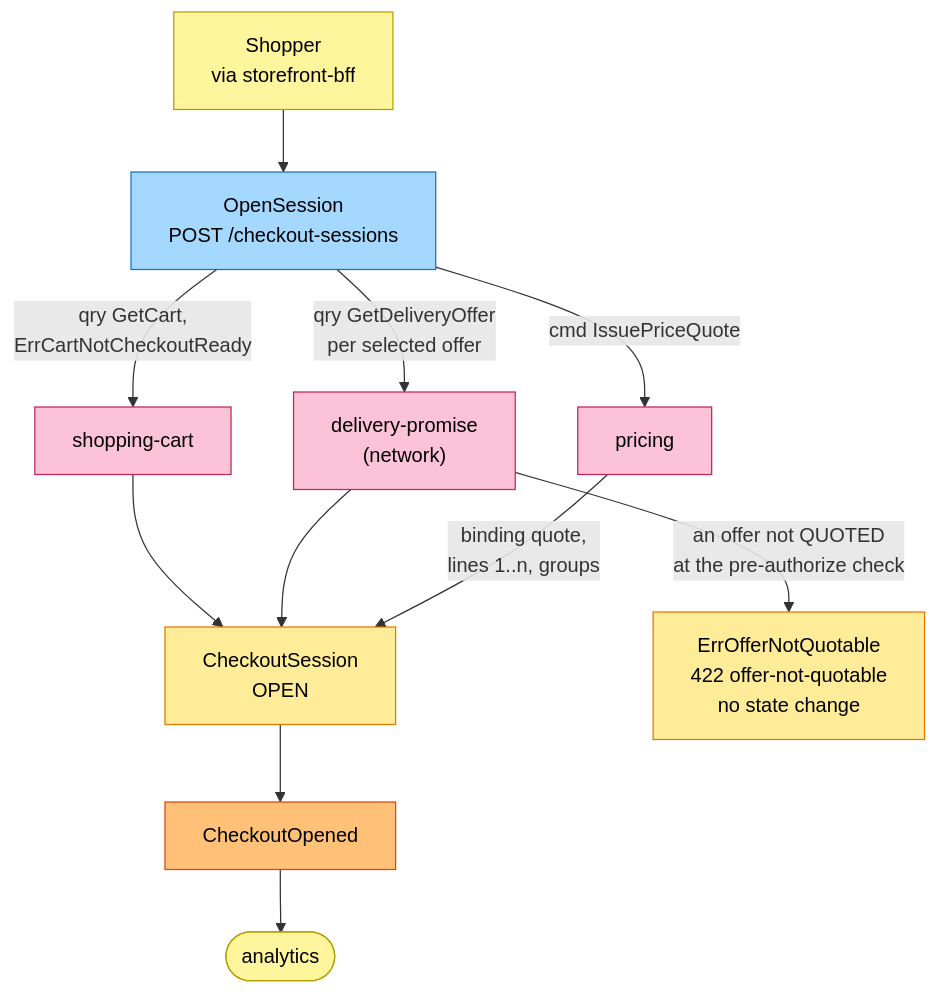
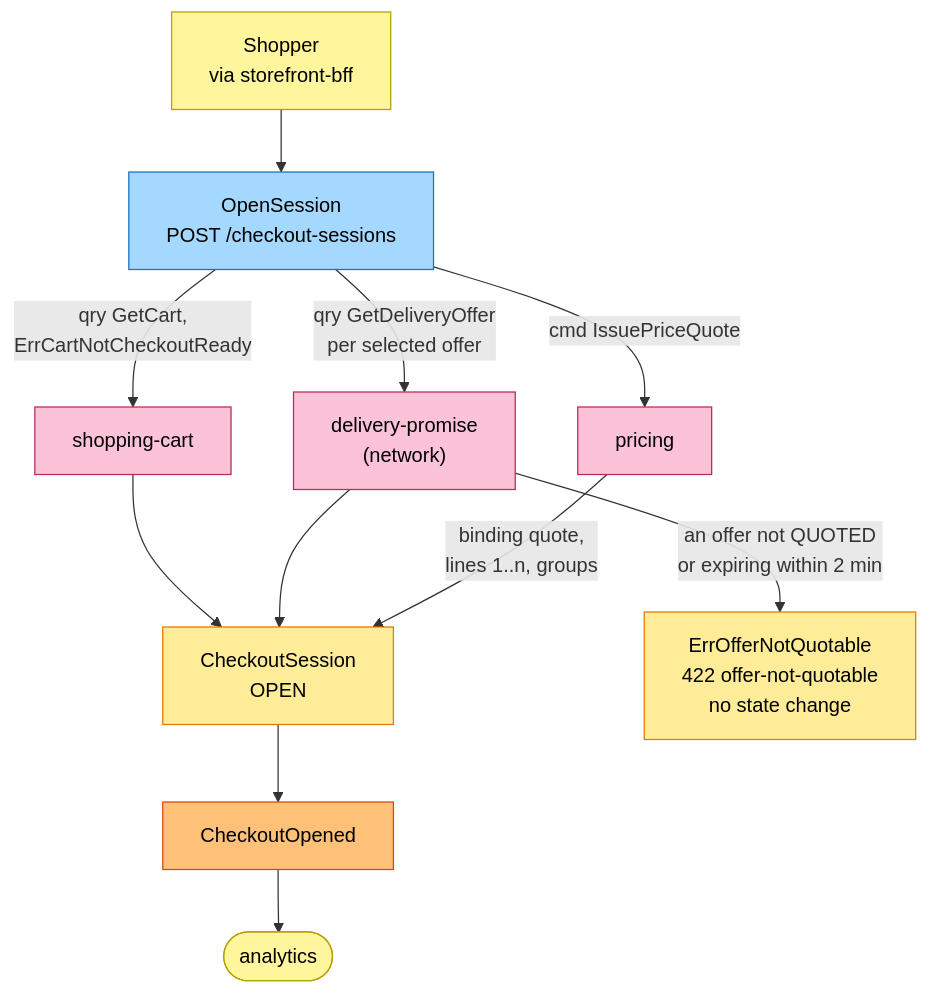
One commit to IQVO/checkout changed the first of 6 diagrams in docs/docs/ddd/eventstorming.md. Above: the diagram before and after it, drawn with Mermaid. The commit also changed other lines of this file and 8 other files, not shown here.

````diff
--- a/docs/docs/ddd/eventstorming.md
+++ b/docs/docs/ddd/eventstorming.md
@@ -31,29 +33,29 @@
 ```mermaid
 flowchart TB
     S["Shopper<br/>via storefront-bff"]:::actor
     C0["OpenSession<br/>POST /checkout-sessions"]:::command
     SC["shopping-cart"]:::external
     DP["delivery-promise<br/>(network)"]:::external
     PR["pricing"]:::external
     G1["CheckoutSession<br/>OPEN"]:::aggregate
     E1["CheckoutOpened"]:::event
     AN(["analytics"]):::actor
     ERR["ErrOfferNotQuotable<br/>422 offer-not-quotable<br/>no state change"]:::aggregate
 
     S --> C0
     C0 -->|"qry GetCart,<br/>ErrCartNotCheckoutReady"| SC
     C0 -->|"qry GetDeliveryOffer<br/>per selected offer"| DP
     C0 -->|"cmd IssuePriceQuote"| PR
     SC --> G1
     DP --> G1
     PR -->|"binding quote,<br/>lines 1..n, groups"| G1
     G1 --> E1
     E1 --> AN
-    DP -->|"an offer not QUOTED<br/>at the pre-authorize check"| ERR
+    DP -->|"an offer not QUOTED<br/>or expiring within 2 min"| ERR
 
     classDef actor fill:#fff59d,stroke:#b59f00,color:#000
     classDef command fill:#a5d8ff,stroke:#1971c2,color:#000
     classDef aggregate fill:#ffec99,stroke:#e67700,color:#000
     classDef event fill:#ffc078,stroke:#d9480f,color:#000
     classDef external fill:#fcc2d7,stroke:#c2255c,color:#000
 ```
````
